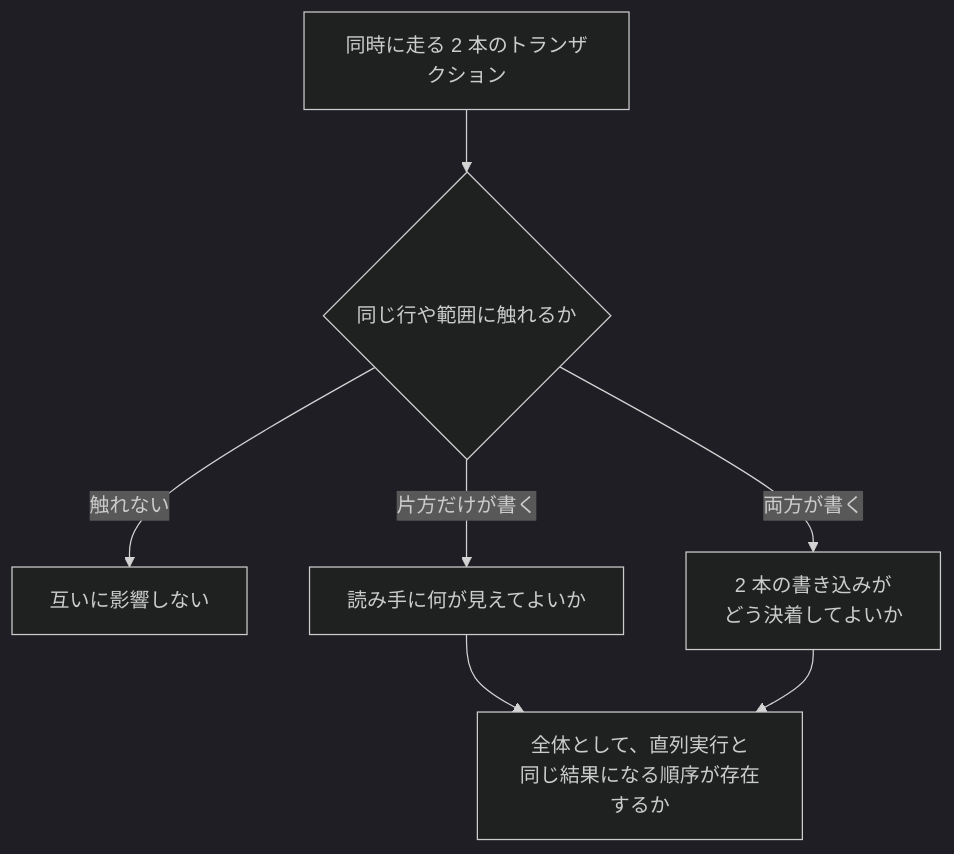
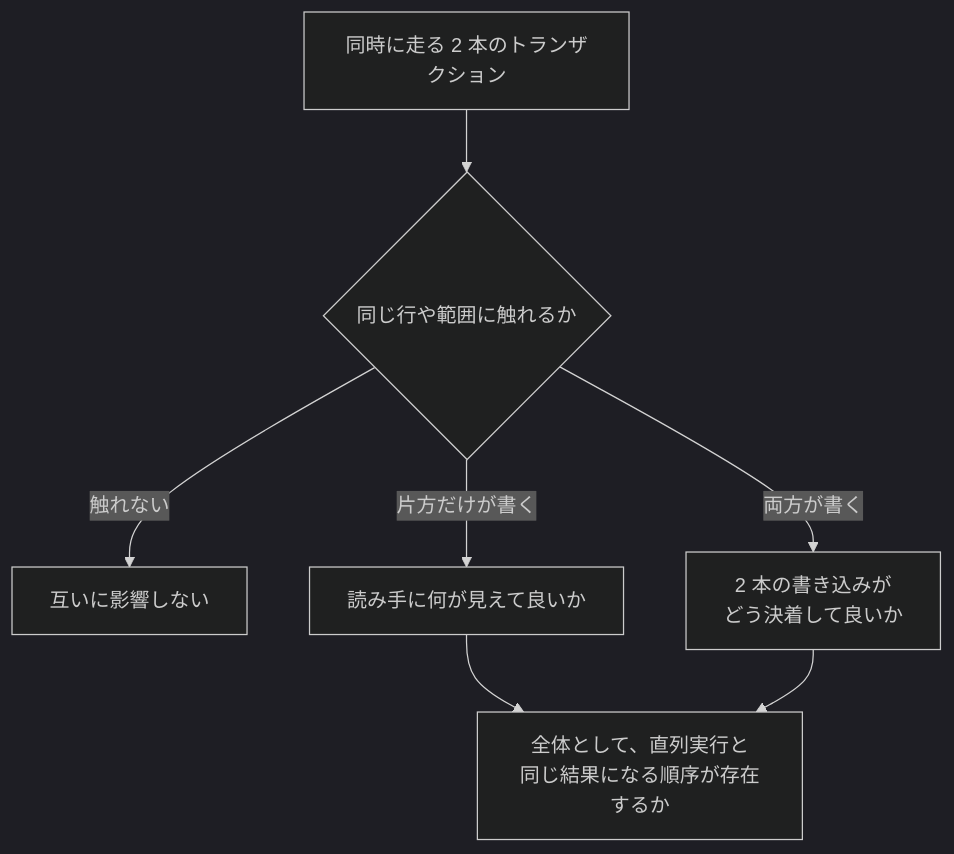
The second of 8 diagrams in content/notes/database-systems/transaction-isolation/index.md (nao1215/debimate), drawn with Mermaid (dark theme) before and after one commit. The commit also changed other lines of this file and 46 other files, not shown here.

````diff
--- a/content/notes/database-systems/transaction-isolation/index.md
+++ b/content/notes/database-systems/transaction-isolation/index.md
@@ -54,9 +54,9 @@
 ```mermaid
 flowchart TB
     Q["同時に走る 2 本のトランザクション"] --> C{"同じ行や範囲に触れるか"}
     C -->|"触れない"| N["互いに影響しない"]
-    C -->|"片方だけが書く"| R["読み手に何が見えてよいか"]
-    C -->|"両方が書く"| W["2 本の書き込みが<br/>どう決着してよいか"]
+    C -->|"片方だけが書く"| R["読み手に何が見えて良いか"]
+    C -->|"両方が書く"| W["2 本の書き込みが<br/>どう決着して良いか"]
     R --> S["全体として、直列実行と<br/>同じ結果になる順序が存在するか"]
     W --> S
 ```
````
